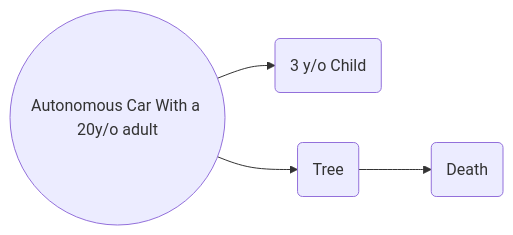
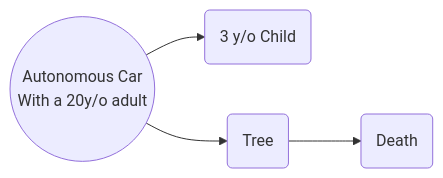
One commit to Grig84/ethics_fall2025 changed the diagram in _casestudy/10_activity.md. Above: the diagram before and after it, drawn with Mermaid.

Commit message:
Try again

````diff
--- a/_casestudy/10_activity.md
+++ b/_casestudy/10_activity.md
@@ -13,5 +13,6 @@
 ```mermaid
 graph LR
-0((Autonomous Car With a 20y/o adult)) --> 1(3 y/o Child);
-0 --> 2(Tree) --> 3(Death);
+0((Autonomous Car<br/>With a 20y/o adult)) --> 1(3 y/o Child);
+0 --> 2(Tree);
+2 --> 3(Death);
 ```
````
